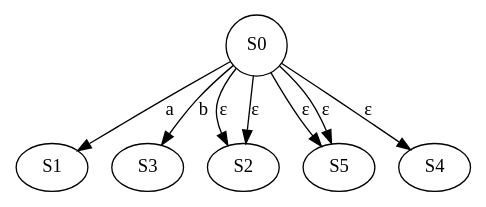
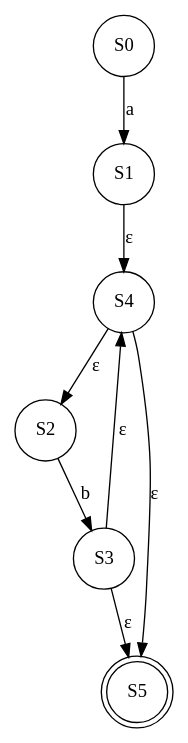
The diagram in output/nfa.gv (ZiadSheriif/AutoMajestic), drawn with Graphviz before and after one commit. The commit also changed 3 other files, not shown here.

```diff
--- a/output/nfa.gv
+++ b/output/nfa.gv
@@ -1,10 +1,15 @@
 digraph {
 	S0 [shape=circle]
 	S0 -> S1 [label=a]
-	S0 -> S3 [label=b]
-	S0 -> S2 [label="ε"]
-	S0 -> S5 [label="ε"]
-	S0 -> S2 [label="ε"]
-	S0 -> S5 [label="ε"]
-	S0 -> S4 [label="ε"]
+	S1 [shape=circle]
+	S1 -> S4 [label="ε"]
+	S4 [shape=circle]
+	S4 -> S2 [label="ε"]
+	S4 -> S5 [label="ε"]
+	S2 [shape=circle]
+	S2 -> S3 [label=b]
+	S5 [shape=doublecircle]
+	S3 [shape=circle]
+	S3 -> S4 [label="ε"]
+	S3 -> S5 [label="ε"]
 }
```
